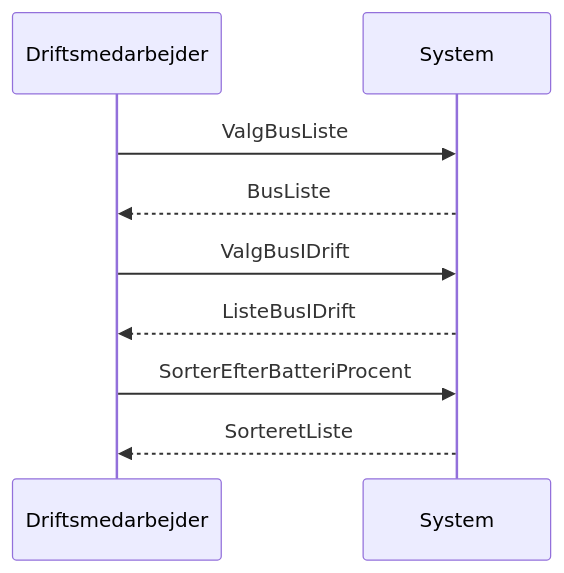
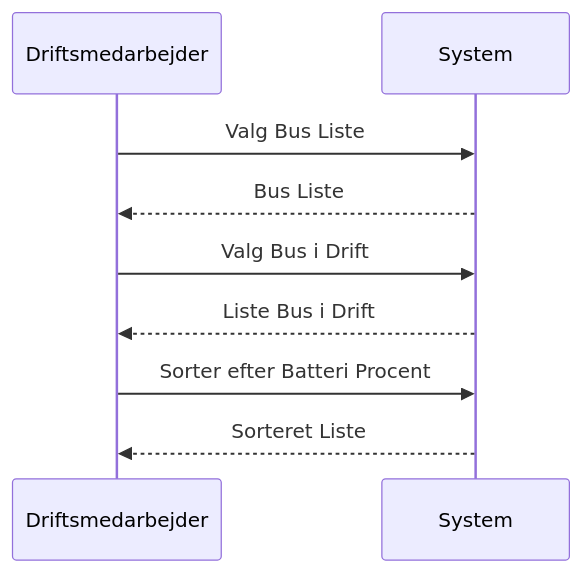
Before and after one commit to Team-14-pa-UCL/Getting-Real2: the diagram in Dokumentation/Iteration 1/Use Case 2/SSD2.mmd, drawn with Mermaid. The commit also changed 6 other files, not shown here.

Commit message:
tilføjet filer Use Case 5 opdateret formattering SSD'er use case 2

```diff
--- a/Dokumentation/Iteration 1/Use Case 2/SSD2.mmd
+++ b/Dokumentation/Iteration 1/Use Case 2/SSD2.mmd
@@ -1,12 +1,12 @@
 sequenceDiagram
     participant Driftsmedarbejder
     participant System
 
-    Driftsmedarbejder->>System: ValgBusListe
-    System-->>Driftsmedarbejder: BusListe
+    Driftsmedarbejder->>System: Valg Bus Liste
+    System-->>Driftsmedarbejder: Bus Liste
 
-    Driftsmedarbejder->>System: ValgBusIDrift
-    System-->>Driftsmedarbejder: ListeBusIDrift
+    Driftsmedarbejder->>System: Valg Bus i Drift
+    System-->>Driftsmedarbejder: Liste Bus i Drift
     
-    Driftsmedarbejder->>System: SorterEfterBatteriProcent
-    System-->>Driftsmedarbejder: SorteretListe
+    Driftsmedarbejder->>System: Sorter efter Batteri Procent
+    System-->>Driftsmedarbejder: Sorteret Liste
```
